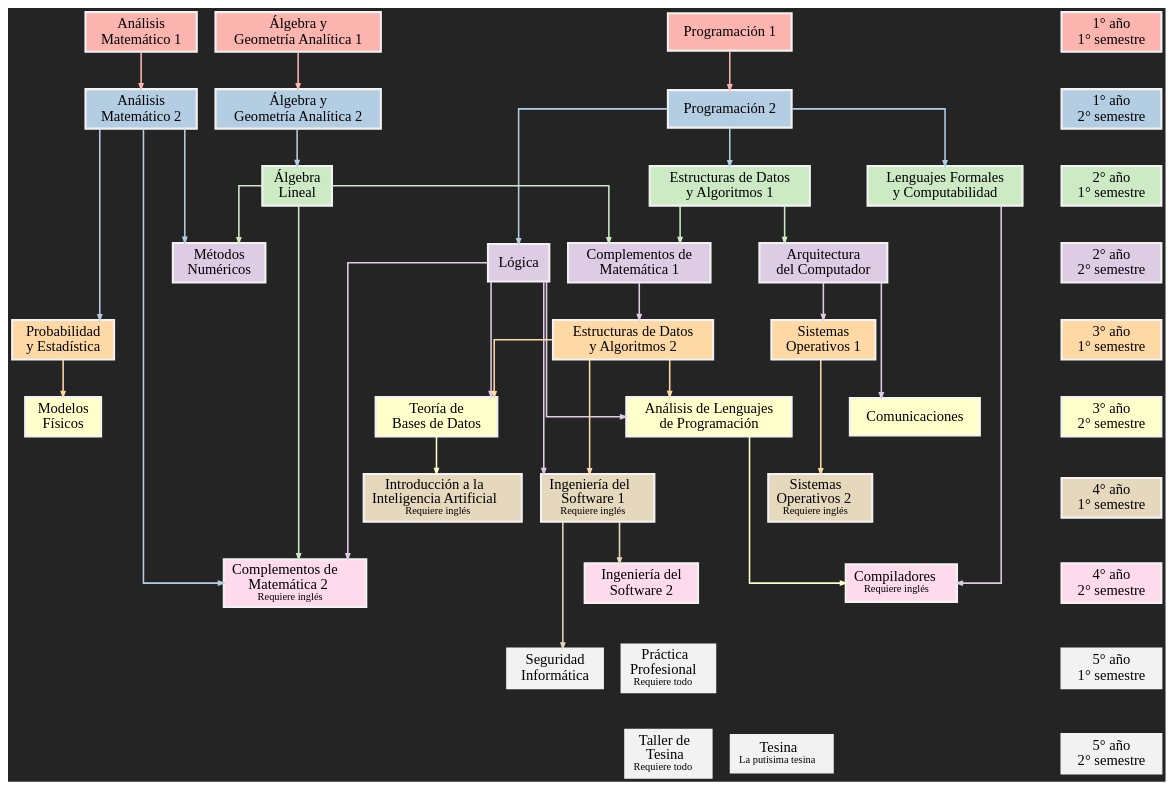
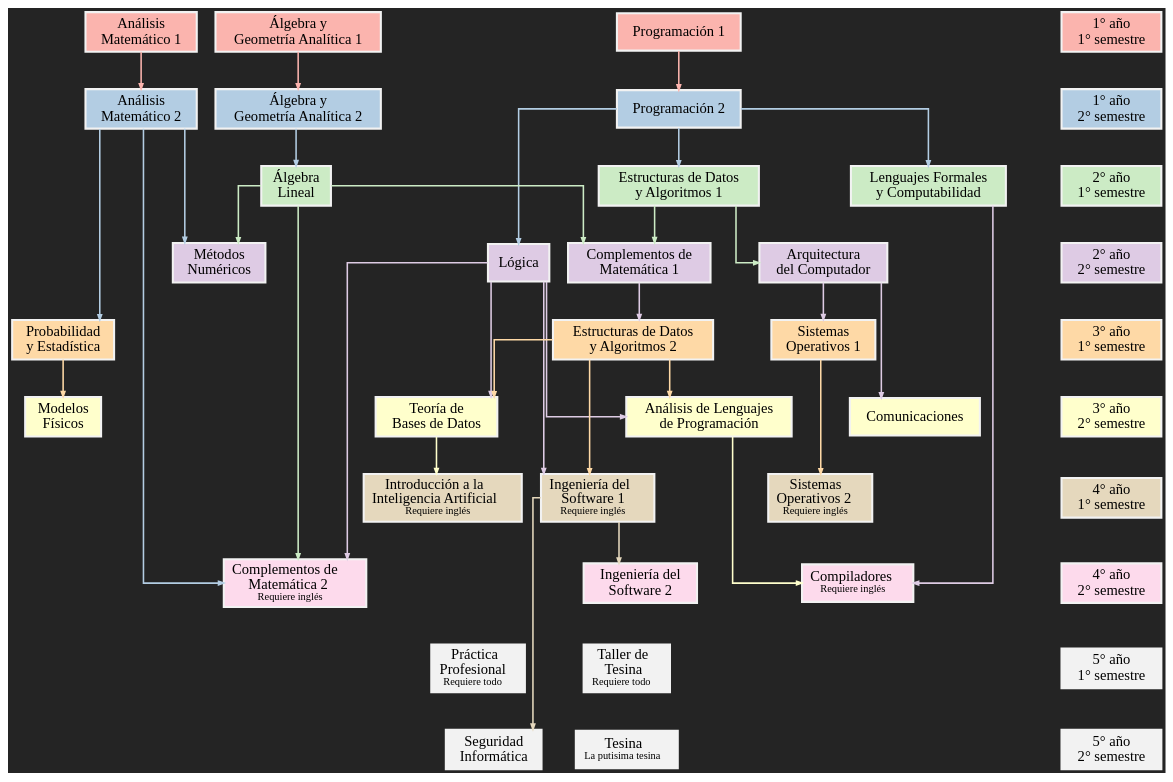
The diagram in correlativas.dot (Rattlehead15/Correlativas), drawn with Graphviz before and after one commit. The commit also changed other lines of this file and 1 other file, not shown here.

Commit message:
Taller de tesina y seguridad informatica iban al reves

```diff
--- a/correlativas.dot
+++ b/correlativas.dot
@@ -1,155 +1,155 @@
 digraph G {
     node[shape=box, color=9, colorscheme=pastel19, penwidth=2, fontname="BigNoodleTitling"]
     edge[colorscheme=pastel19, penwidth=1.5, arrowsize=0.5]
     splines=ortho
     overlap=scale
     bgcolor=grey14
 
     {
         rank = same
         node[style=filled, fillcolor=1]
         AyGA1 [label="Álgebra y\nGeometría Analítica 1"]
         Prog1 [label="Programación 1"]
         AM1 [label="Análisis\nMatemático 1"]
         r1 [label="1° año\n1° semestre"]
     }
 
     {
         rank = same
         node[style=filled, fillcolor=2]
         AyGA2 [label="Álgebra y\nGeometría Analítica 2"]
         Prog2 [label="Programación 2"]
         AM2 [label="Análisis\nMatemático 2"]
         r2 [label="1° año\n2° semestre"]
     }
 
     {
         rank = same
         node[style=filled, fillcolor=3]
         ALineal [label="Álgebra\nLineal"]
         EDyA1 [label="Estructuras de Datos\ny Algoritmos 1"]
         LFyC [label="Lenguajes Formales\ny Computabilidad"]
         r3 [label="2° año\n1° semestre"]
     }
 
     {
         rank = same
         node[style=filled, fillcolor=4]
         Metodos [label="Métodos\nNuméricos"]
         CM1 [label="Complementos de\nMatemática 1"]
         Arqui [label="Arquitectura\ndel Computador"]
         Logica [label="Lógica"]
         r4 [label="2° año\n2° semestre"]
     }
 
     {
         rank = same
         node[style=filled, fillcolor=5]
         ProbYEstd [label="Probabilidad\ny Estadística"]
         EDyA2 [label="Estructuras de Datos\ny Algoritmos 2"]
         SO1 [label="Sistemas\nOperativos 1"]
         r5 [label="3° año\n1° semestre"]
     }
     
     {
         rank = same
         node[style=filled, fillcolor=6]
         ModFis [label="Modelos\nFísicos"]
         Comm [label="Comunicaciones"]
         ALP [label="Análisis de Lenguajes\nde Programación"]
         TBD [label="Teoría de\nBases de Datos"]
         r6 [label="3° año\n2° semestre"]
     }
 
     {
         rank = same
         node[style=filled, fillcolor=7]
         Soft1 [label=<Ingeniería del<br/>Software 1<br/><FONT POINT-SIZE="10">Requiere inglés</FONT>>]
         SO2 [label=<Sistemas<br/>Operativos 2<br/><FONT POINT-SIZE="10">Requiere inglés</FONT>>]
         IIA [label=<Introducción a la<br/>Inteligencia Artificial<br/><FONT POINT-SIZE="10">Requiere inglés</FONT>>]
         r7 [label="4° año\n1° semestre"]
     }
 
     {
         rank = same
         node[style=filled, fillcolor=8]
         CM2 [label=<Complementos de<br/>Matemática 2<br/><FONT POINT-SIZE="10">Requiere inglés</FONT>>]
         Soft2 [label="Ingeniería del\nSoftware 2"]
         Compi [label=<Compiladores<br/><FONT POINT-SIZE="10">Requiere inglés</FONT>>]
         r8 [label="4° año\n2° semestre"]
     }
 
     {
         rank = same
         node[style=filled, fillcolor=9]
+        Taller [label=<Taller de<br/>Tesina<br/><FONT POINT-SIZE="10">Requiere todo</FONT>>]
         Practica [label=<Práctica<br/>Profesional<br/><FONT POINT-SIZE="10">Requiere todo</FONT>>]
-        SegInf [label="Seguridad\nInformática"]
         r9 [label="5° año\n1° semestre"]
     }
 
     {
         rank = same
         node[style=filled, fillcolor=9]
-        Taller [label=<Taller de<br/>Tesina<br/><FONT POINT-SIZE="10">Requiere todo</FONT>>]
+        SegInf [label="Seguridad\nInformática"]
         Tesina [label=<Tesina<FONT POINT-SIZE="10"><br/>La putisima tesina</FONT>>]
         r10 [label="5° año\n2° semestre"]
     }
 
     r1 -> r2 [style=invis]
     r2 -> r3 [style=invis]
     r3 -> r4 [style=invis]
     r4 -> r5 [style=invis]
     r5 -> r6 [style=invis]
     r6 -> r7 [style=invis]
     r7 -> r8 [style=invis]
     r8 -> r9 [style=invis]
     r9 -> r10 [style=invis]
     SegInf -> Practica [style=invis]
     Practica -> Taller [style=invis]
     Taller -> Tesina [style=invis]
 
     edge [color=1]
     AyGA1 -> AyGA2 
     Prog1 -> Prog2 
     AM1 -> AM2
     edge [color=2]
     AyGA2 -> ALineal
     Prog2 -> EDyA1 
     Prog2 -> LFyC 
     Prog2 -> Logica 
     AM2 -> ProbYEstd 
     AM2 -> Metodos 
     AM2 -> CM2 
     edge [color=3]
     ALineal -> Metodos 
     ALineal -> CM1 
     ALineal -> CM2 
     EDyA1 -> CM1 
     EDyA1 -> Arqui 
     edge [color=4]
     CM1 -> EDyA2 
     Arqui -> Comm 
     Arqui -> SO1 
     Logica -> CM2 
     Logica -> TBD 
     Logica -> ALP 
     Logica -> Soft1 
     LFyC -> Compi
     edge [color=5]
     ProbYEstd -> ModFis
     EDyA2 -> TBD
     EDyA2 -> ALP
     EDyA2 -> Soft1
     // Ingles -> CM2
     // Ingles -> Soft1
     // Ingles -> SO2
     // Ingles -> IIA
     // Ingles -> Compi
     SO1 -> SO2
     edge [color=6]
     TBD -> IIA
     ALP -> Compi
     edge [color=7]
     Soft1 -> Soft2
     Soft1 -> SegInf
 }
```
